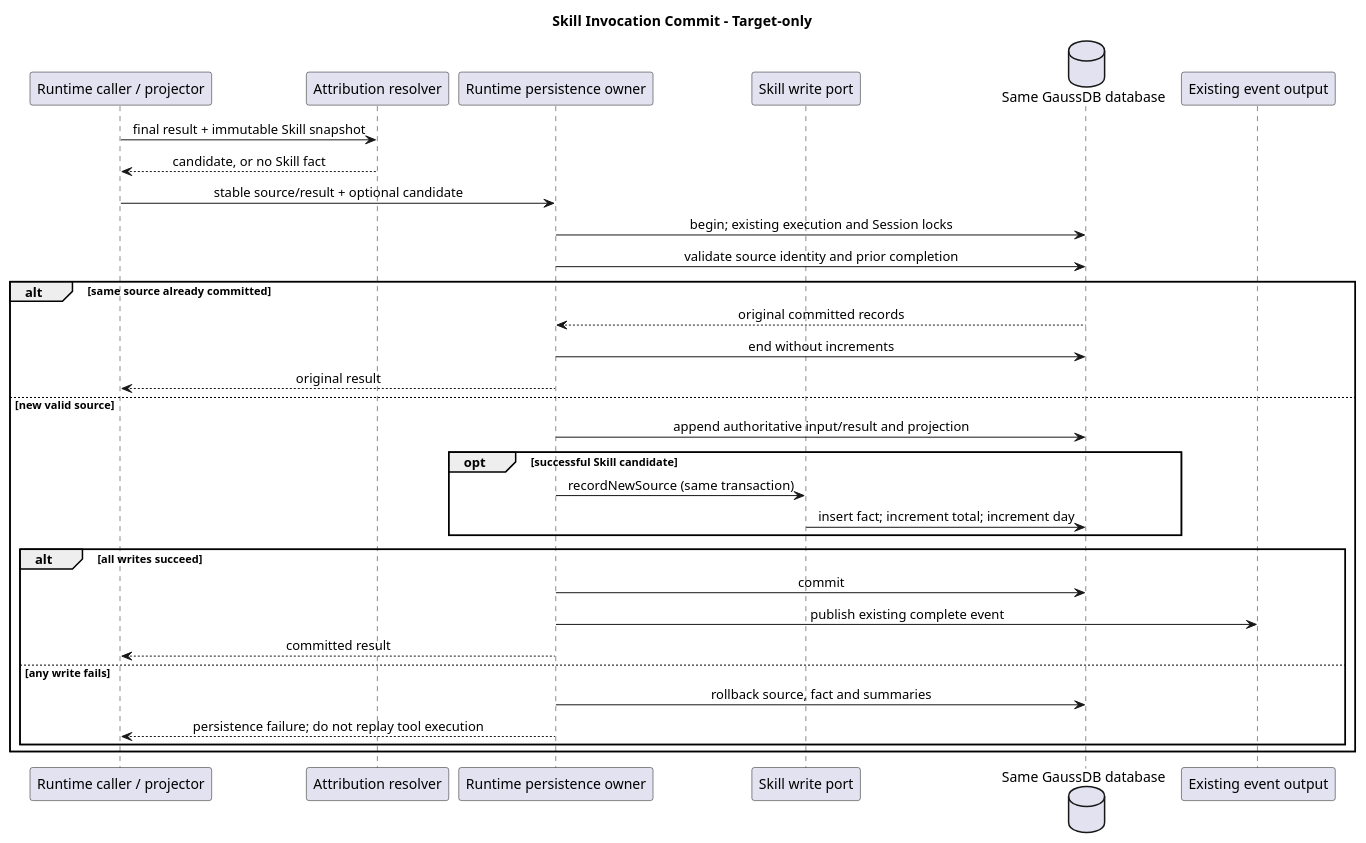
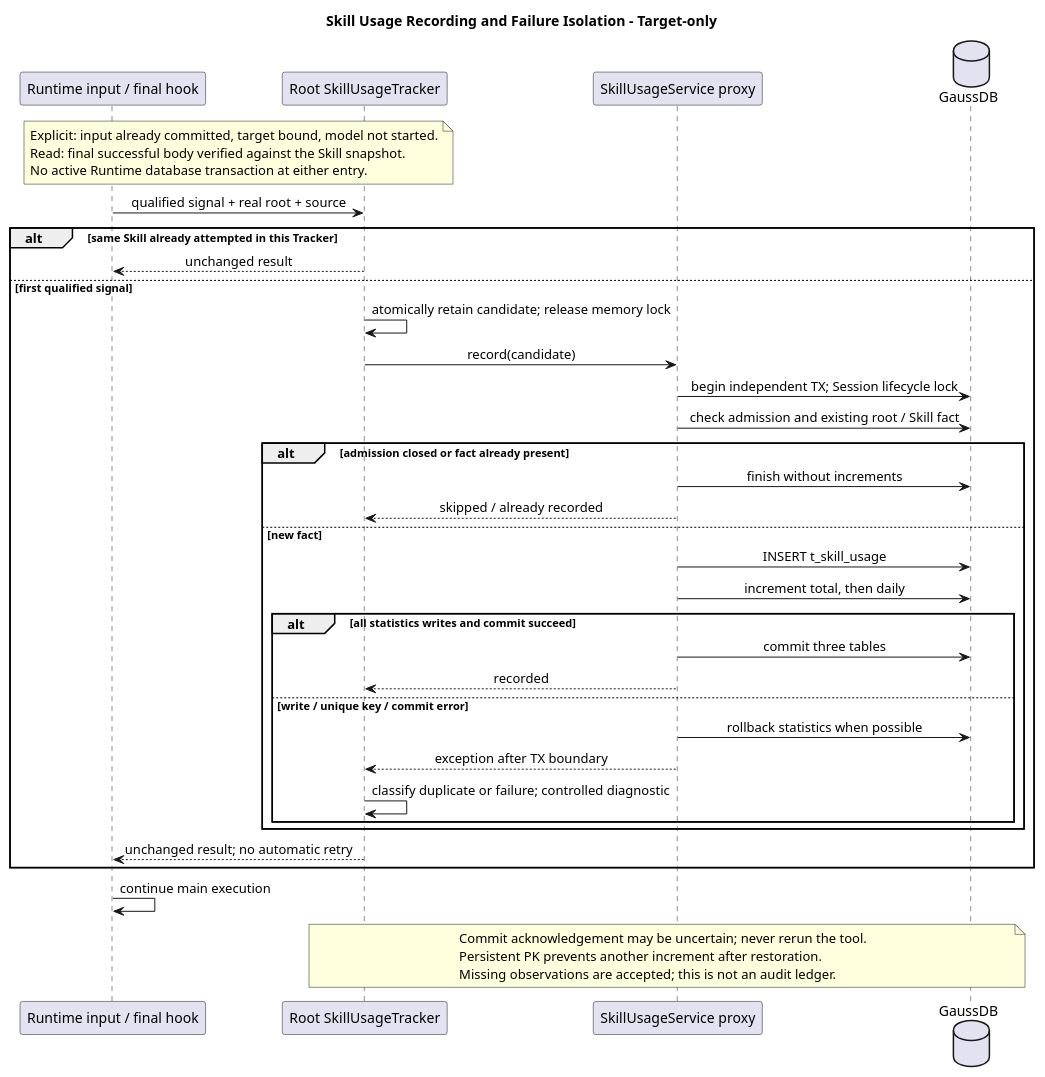
The second of 2 diagrams in 04-命令与技能/03-Skill加载统计/diagram.puml (ssm0808/pi-mono-java-design), drawn with PlantUML before and after one commit. The commit also changed other lines of this file and 29 other files, not shown here.

```diff
--- a/04-命令与技能/03-Skill加载统计/diagram.puml
+++ b/04-命令与技能/03-Skill加载统计/diagram.puml
@@ -83,42 +90,53 @@
-@startuml skill_invocation_commit
-' Source evidence: Java f61906b9136246ca60f333704b6fc92b5420d0ec modules/coding-agent-cli/src/main/java/com/campusclaw/codingagent/runtimeapi/persistence/RuntimeExecutionPersistenceService.java appendEntry
-' Source evidence: codex d58d0e5841e0de08e251673db2d5af8cf3a1ad51 codex-rs/analytics/src/reducer.rs ingest_skill_invoked
-' Observed behavior: Codex uses in-memory deduplication; Runtime has an authoritative append transaction.
-' Design reason: avoid a commit-to-notification loss window and distinguish replay from a new invocation.
-' Java divergence: this sequence is target-only; it is not the Codex delivery pipeline.
-title Skill Invocation Commit - Target-only
+@startuml skill_usage_record
+' Source evidence: Java f61906b9136246ca60f333704b6fc92b5420d0ec modules/coding-agent-cli/src/main/java/com/campusclaw/codingagent/runtimeapi/event/RuntimeMessageEventService.java startAccepted
+' Source evidence: modules/agent-core/src/main/java/com/campusclaw/agent/tool/ToolExecutionPipeline.java execute/applyAfterHook
+' Source evidence: Codex d58d0e5841e0de08e251673db2d5af8cf3a1ad51 codex-rs/analytics/src/client.rs AnalyticsEventsQueue.try_send
+' Observed behavior: hook failures can become tool failures; Codex analytics can drop signals.
+' Design reason: catch outside the statistics transaction and retain one fact per root and Skill.
+' Java divergence: bounded synchronous recording is target-only, not the Codex queue pipeline.
+title Skill Usage Recording and Failure Isolation - Target-only
 skinparam shadowing false
 skinparam backgroundColor #FFFFFF
 skinparam defaultFontName SansSerif
 skinparam sequenceMessageAlign center
-participant "Runtime caller / projector" as P
-participant "Attribution resolver" as R
-participant "Runtime persistence owner" as O
-participant "Skill write port" as W
-database "Same GaussDB database" as DB
-participant "Existing event output" as E
-P -> R : final result + immutable Skill snapshot
-R --> P : candidate, or no Skill fact
-P -> O : stable source/result + optional candidate
-O -> DB : begin; existing execution and Session locks
-O -> DB : validate source identity and prior completion
-alt same source already committed
-  DB --> O : original committed records
-  O -> DB : end without increments
-  O --> P : original result
-else new valid source
-  O -> DB : append authoritative input/result and projection
-  opt successful Skill candidate
-    O -> W : recordNewSource (same transaction)
-    W -> DB : insert fact; increment total; increment day
+participant "Runtime input / final hook" as R
+participant "Root SkillUsageTracker" as T
+participant "SkillUsageService proxy" as S
+database "GaussDB" as DB
+note over R, T
+  Explicit: input already committed, target bound, model not started.
+  Read: final successful body verified against the Skill snapshot.
+  No active Runtime database transaction at either entry.
+end note
+R -> T : qualified signal + real root + source
+alt same Skill already attempted in this Tracker
+  T --> R : unchanged result
+else first qualified signal
+  T -> T : atomically retain candidate; release memory lock
+  T -> S : record(candidate)
+  S -> DB : begin independent TX; Session lifecycle lock
+  S -> DB : check admission and existing root / Skill fact
+  alt admission closed or fact already present
+    S -> DB : finish without increments
+    S --> T : skipped / already recorded
+  else new fact
+    S -> DB : INSERT t_skill_usage
+    S -> DB : increment total, then daily
+    alt all statistics writes and commit succeed
+      S -> DB : commit three tables
+      S --> T : recorded
+    else write / unique key / commit error
+      S -> DB : rollback statistics when possible
+      S --> T : exception after TX boundary
+      T -> T : classify duplicate or failure; controlled diagnostic
+    end
   end
-  alt all writes succeed
-    O -> DB : commit
-    O -> E : publish existing complete event
-    O --> P : committed result
-  else any write fails
-    O -> DB : rollback source, fact and summaries
-    O --> P : persistence failure; do not replay tool execution
-  end
+  T --> R : unchanged result; no automatic retry
 end
+R -> R : continue main execution
+note over T, DB
+  Commit acknowledgement may be uncertain; never rerun the tool.
+  Persistent PK prevents another increment after restoration.
+  Missing observations are accepted; this is not an audit ledger.
+end note
 @enduml
```
